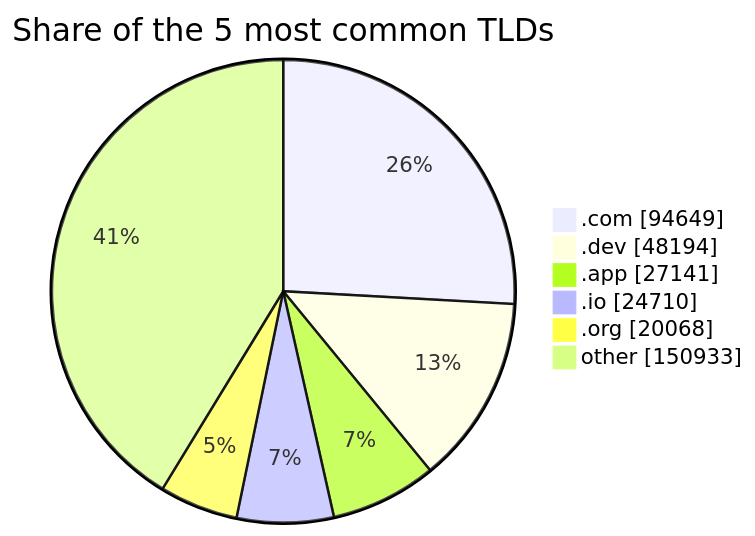
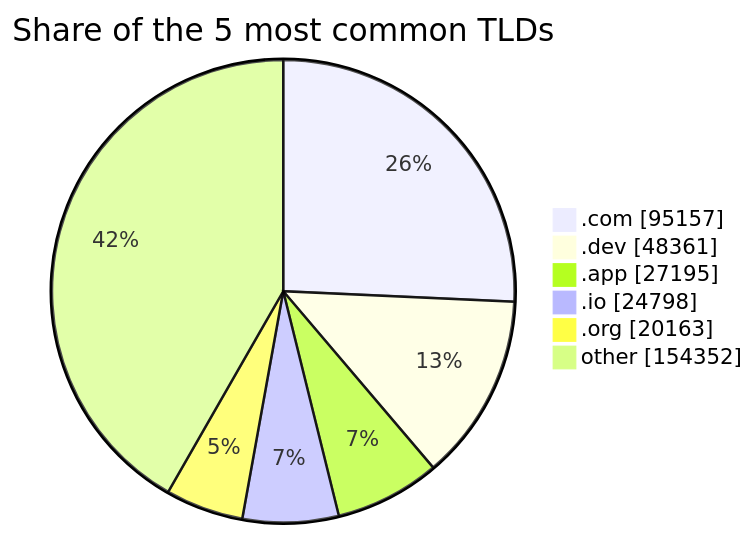
The third of 3 diagrams in README.md (DNSBunker/CTI), drawn with Mermaid before and after one commit. The commit also changed other lines of this file and 3 other files, not shown here.

````diff
--- a/README.md
+++ b/README.md
@@ -81,9 +81,9 @@
 ```mermaid
 pie showData title Share of the 5 most common TLDs
-    ".com" : 94649
-    ".dev" : 48194
-    ".app" : 27141
-    ".io" : 24710
-    ".org" : 20068
-    "other" : 150933
+    ".com" : 95157
+    ".dev" : 48361
+    ".app" : 27195
+    ".io" : 24798
+    ".org" : 20163
+    "other" : 154352
 ```
````
